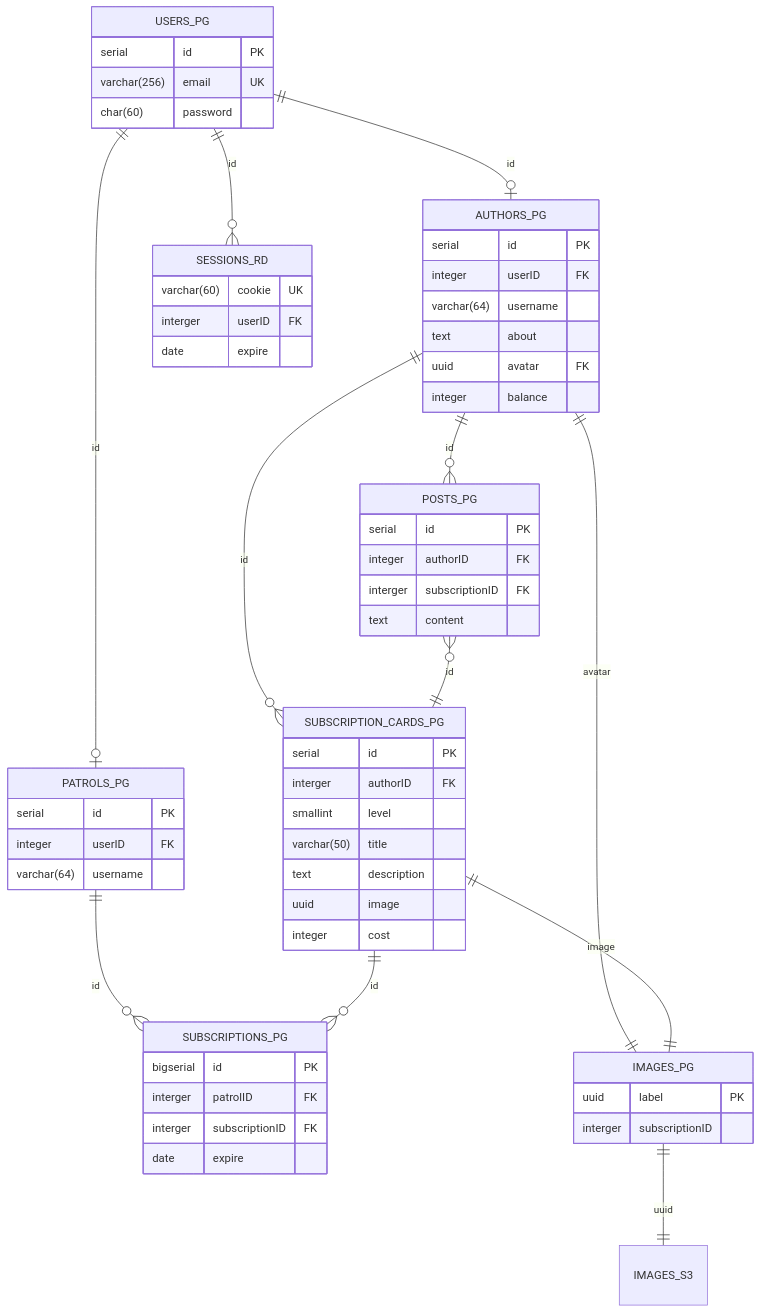
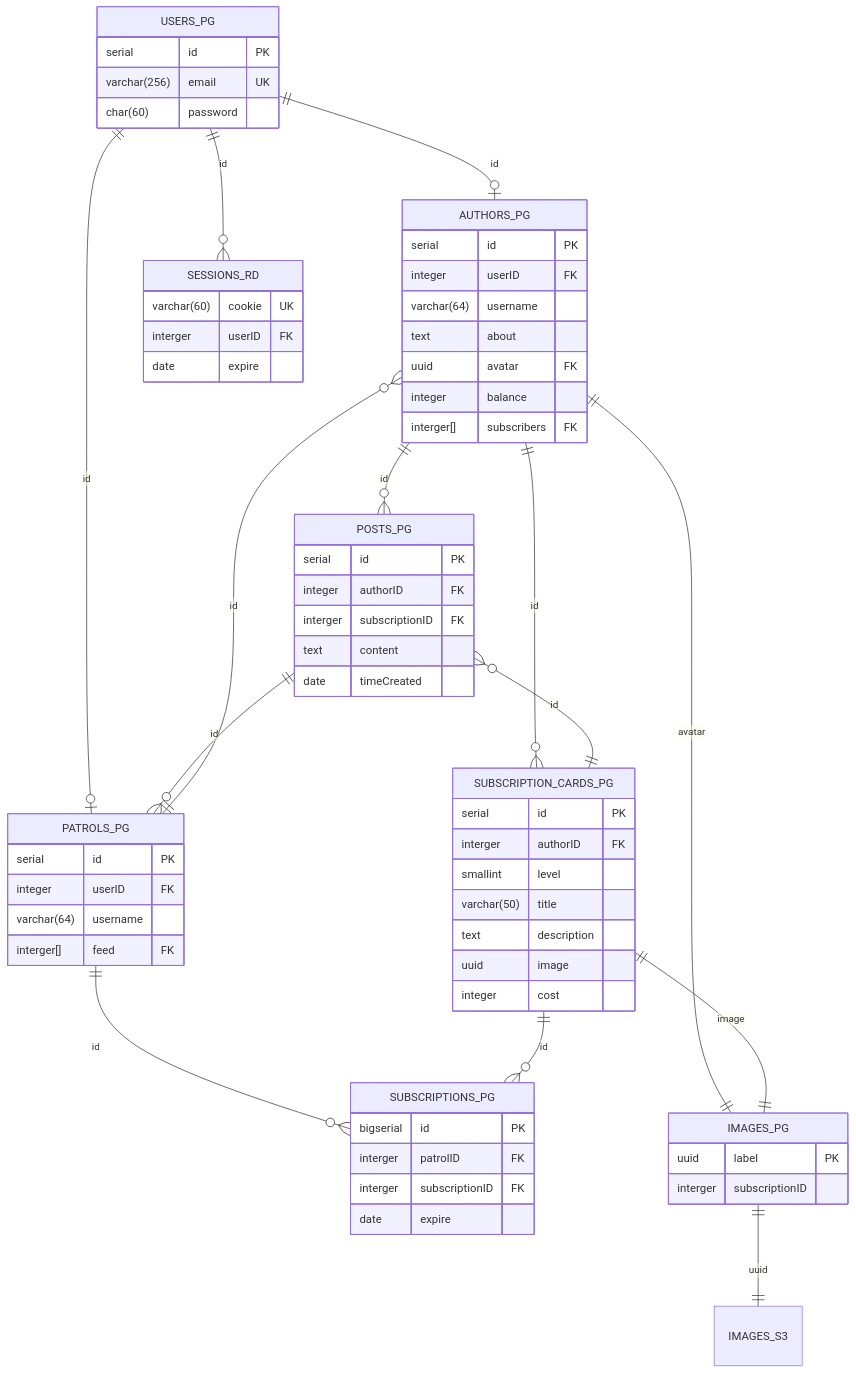
One commit to leonard-pak/technopark-highload-coursework changed the second of 2 diagrams in README.md. Above: the diagram before and after it, drawn with Mermaid. The commit also changed other lines of this file and 1 other file, not shown here.

````diff
--- a/README.md
+++ b/README.md
@@ -307,64 +312,69 @@
 ```mermaid
   erDiagram
     USERS_PG {
       serial id PK
       varchar(256) email UK
       char(60) password
     }
     AUTHORS_PG {
       serial id PK
       integer userID FK
       varchar(64) username
       text about
       uuid avatar FK
       integer balance
+      interger[] subscribers FK
     }
     PATROLS_PG {
       serial id PK
       integer userID FK
       varchar(64) username
+      interger[] feed FK
     }
     POSTS_PG {
       serial id PK
       integer authorID FK
       interger subscriptionID FK
       text content
+      date timeCreated
     }
     SUBSCRIPTION_CARDS_PG {
       serial id PK
       interger authorID FK
       smallint level
       varchar(50) title
       text description
       uuid image
       integer cost
     }
     SESSIONS_RD {
       varchar(60) cookie UK
       interger userID FK
       date expire
     }
     SUBSCRIPTIONS_PG {
       bigserial id PK
       interger patrolID FK
       interger subscriptionID FK
       date expire
     }
     IMAGES_PG {
       uuid label PK
       interger subscriptionID
     }
 
     IMAGES_PG ||--|| IMAGES_S3: uuid
 
     AUTHORS_PG ||--o{ POSTS_PG: id
     AUTHORS_PG ||--|| IMAGES_PG: avatar
     USERS_PG ||--o| AUTHORS_PG: id
     USERS_PG ||--o| PATROLS_PG: id
     USERS_PG ||--o{ SESSIONS_RD: id
     AUTHORS_PG ||--o{ SUBSCRIPTION_CARDS_PG: id
     POSTS_PG }o--|| SUBSCRIPTION_CARDS_PG: id
     SUBSCRIPTION_CARDS_PG ||--|| IMAGES_PG: image
     PATROLS_PG ||--o{ SUBSCRIPTIONS_PG: id
     SUBSCRIPTION_CARDS_PG ||--o{ SUBSCRIPTIONS_PG: id
+    POSTS_PG ||--o{ PATROLS_PG: id
+    PATROLS_PG ||--o{ AUTHORS_PG: id
 ```
````
